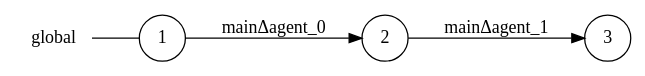
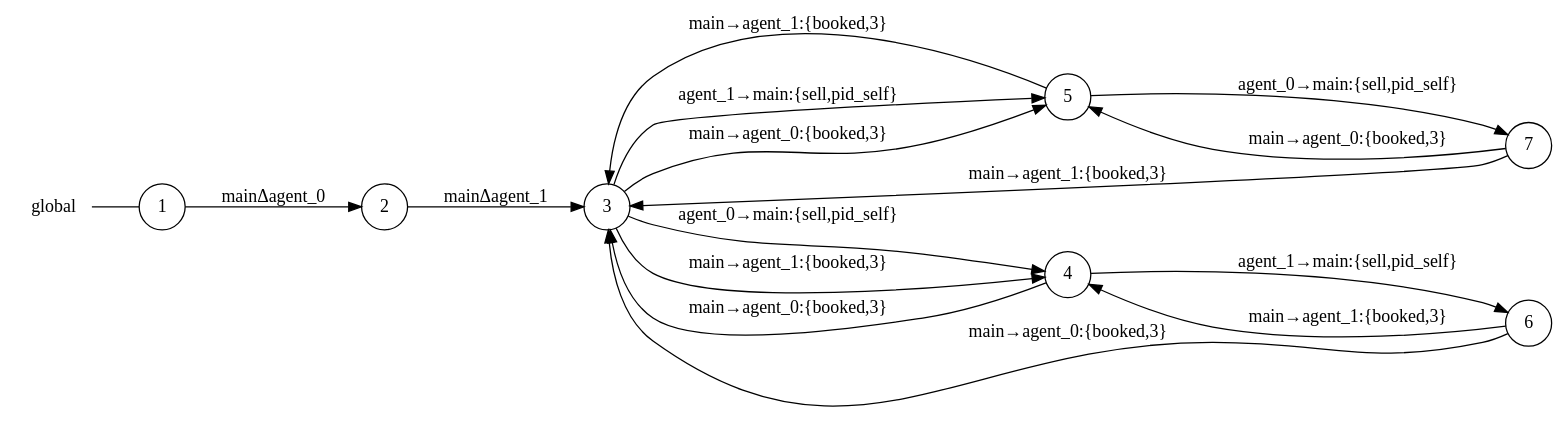
Before and after one commit to gabrielegenovese/chorer: the diagram in examples/airline/main_global_view.dot, drawn with Graphviz. The commit also changed 34 other files, not shown here.

```diff
--- a/examples/airline/main_global_view.dot
+++ b/examples/airline/main_global_view.dot
@@ -1,11 +1,27 @@
 digraph global {
 	rankdir="LR";
 	n_0 [label="global", shape="plaintext"];
-	n_1 [id="1", shape=circle, label="1"];
-	n_0 -> n_1 [arrowhead=none];
-	n_2 [id="2", shape=circle, label="2"];
-	n_3 [id="3", shape=circle, label="3"];
+	n_1 [id="5", shape=circle, label="5"];
+	n_2 [id="6", shape=circle, label="6"];
+	n_3 [id="1", shape=circle, label="1"];
+	n_0 -> n_3 [arrowhead=none];
+	n_4 [id="2", shape=circle, label="2"];
+	n_5 [id="4", shape=circle, label="4"];
+	n_6 [id="7", shape=circle, label="7"];
+	n_7 [id="3", shape=circle, label="3"];
 
-	n_1 -> n_2 [id="[$e|0]", label="mainΔagent_0"];
-	n_2 -> n_3 [id="[$e|1]", label="mainΔagent_1"];
+	n_1 -> n_7 [id="[$e|7]", label="main→agent_1:{booked,3}"];
+	n_7 -> n_1 [id="[$e|13]", label="main→agent_0:{booked,3}"];
+	n_3 -> n_4 [id="[$e|0]", label="mainΔagent_0"];
+	n_4 -> n_7 [id="[$e|1]", label="mainΔagent_1"];
+	n_7 -> n_5 [id="[$e|12]", label="main→agent_1:{booked,3}"];
+	n_5 -> n_2 [id="[$e|4]", label="agent_1→main:{sell,pid_self}"];
+	n_7 -> n_5 [id="[$e|2]", label="agent_0→main:{sell,pid_self}"];
+	n_2 -> n_5 [id="[$e|9]", label="main→agent_1:{booked,3}"];
+	n_6 -> n_7 [id="[$e|11]", label="main→agent_1:{booked,3}"];
+	n_2 -> n_7 [id="[$e|8]", label="main→agent_0:{booked,3}"];
+	n_7 -> n_1 [id="[$e|3]", label="agent_1→main:{sell,pid_self}"];
+	n_1 -> n_6 [id="[$e|6]", label="agent_0→main:{sell,pid_self}"];
+	n_5 -> n_7 [id="[$e|5]", label="main→agent_0:{booked,3}"];
+	n_6 -> n_1 [id="[$e|10]", label="main→agent_0:{booked,3}"];
 }
```
